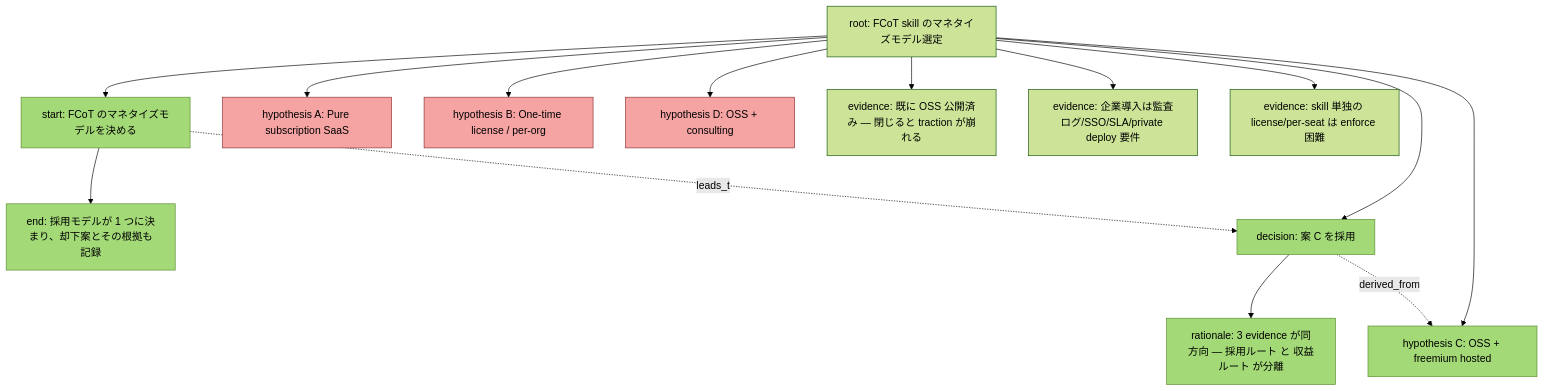
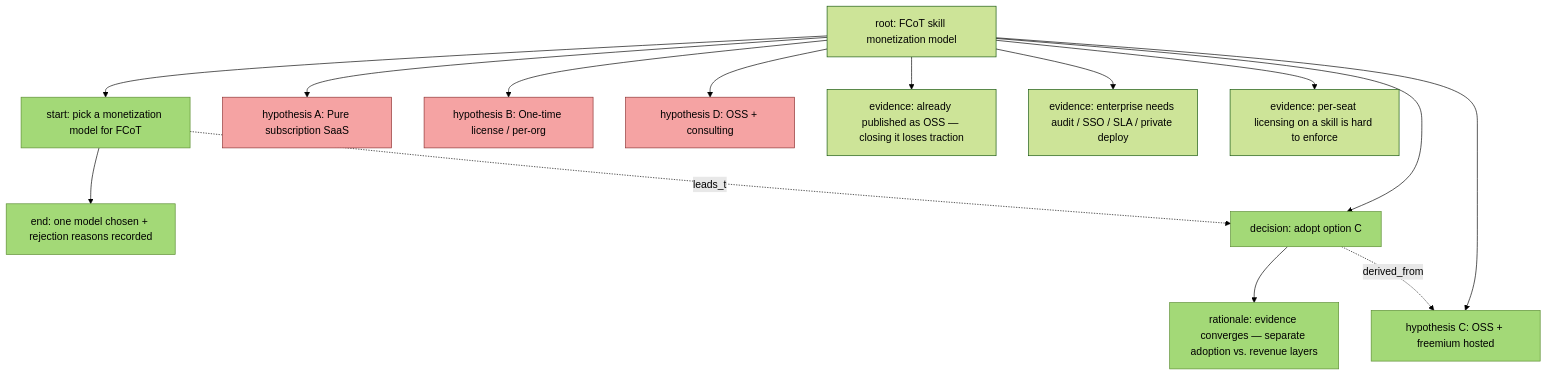
The first of 2 diagrams in docs/examples.md (o3co/agent-dpd), drawn with Mermaid (forest theme) before and after one commit. The commit also changed other lines of this file, not shown here.

````diff
--- a/docs/examples.md
+++ b/docs/examples.md
@@ -64,41 +76,41 @@
 ```mermaid
 graph TD
-    root["root: FCoT skill のマネタイズモデル選定"]
-    S["start: FCoT のマネタイズモデルを決める"]
-    E["end: 採用モデルが 1 つに決まり、却下案とその根拠も記録"]
+    root["root: FCoT skill monetization model"]
+    S["start: pick a monetization model for FCoT"]
+    E["end: one model chosen + rejection reasons recorded"]
     A["hypothesis A: Pure subscription SaaS"]
     B["hypothesis B: One-time license / per-org"]
     C["hypothesis C: OSS + freemium hosted"]
     D["hypothesis D: OSS + consulting"]
-    E1["evidence: 既に OSS 公開済み — 閉じると traction が崩れる"]
-    E2["evidence: 企業導入は監査ログ/SSO/SLA/private deploy 要件"]
-    E3["evidence: skill 単独の license/per-seat は enforce 困難"]
-    DEC["decision: 案 C を採用"]
-    R["rationale: 3 evidence が同方向 — 採用ルート と 収益ルート が分離"]
+    E1["evidence: already published as OSS — closing it loses traction"]
+    E2["evidence: enterprise needs audit / SSO / SLA / private deploy"]
+    E3["evidence: per-seat licensing on a skill is hard to enforce"]
+    DEC["decision: adopt option C"]
+    R["rationale: evidence converges — separate adoption vs. revenue layers"]
 
     root --> S
     S --> E
     root --> A
     root --> B
     root --> C
     root --> D
     root --> E1
     root --> E2
     root --> E3
     root --> DEC
     DEC --> R
     DEC -.derived_from.-> C
     S -.leads_to.-> DEC
 
     class S closed_resolved
     class E closed_resolved
     class A closed_rejected
     class B closed_rejected
     class C closed_resolved
     class D closed_rejected
     class DEC closed_resolved
     class R closed_resolved
 
     classDef closed_resolved fill:#a3d977,stroke:#5a8c30
     classDef closed_rejected fill:#f5a3a3,stroke:#8c3030
 ```
````
